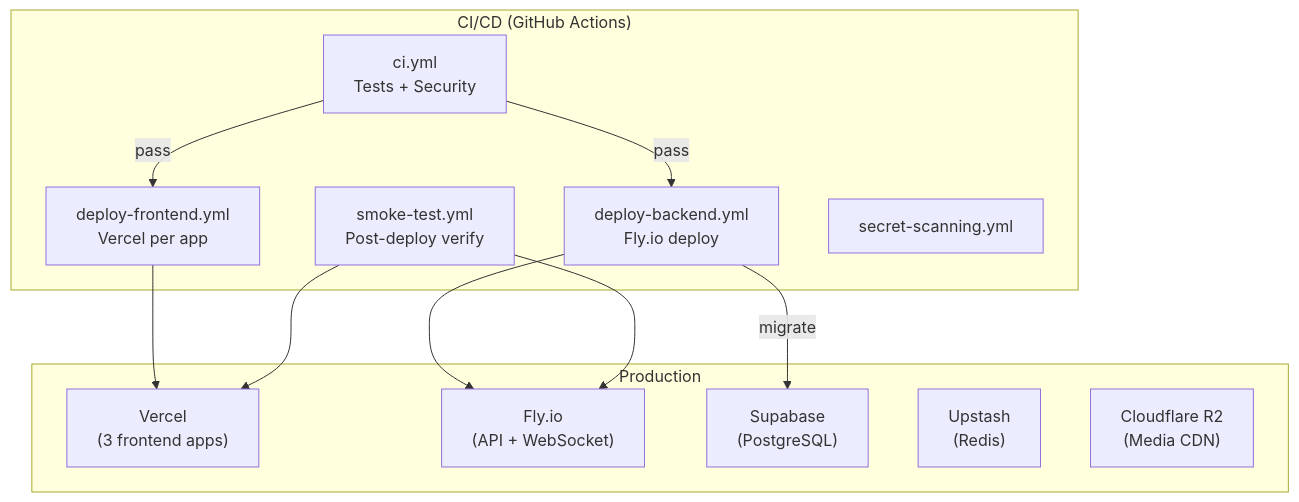
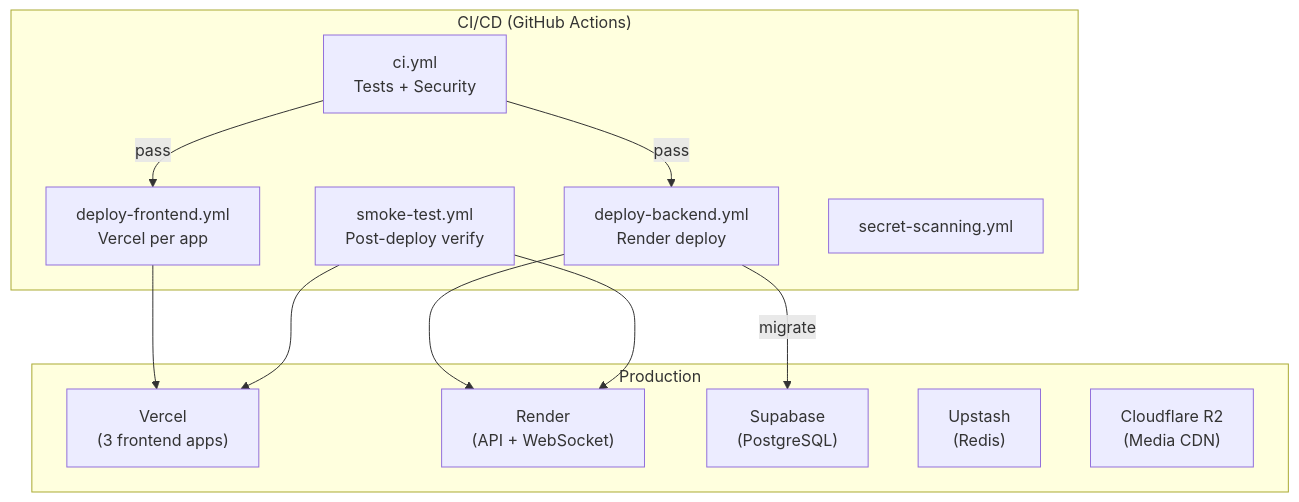
Before and after one commit to maru-story/wedding-ecosystem: the ninth of 9 diagrams in .agents/summary/architecture.md, drawn with Mermaid. The commit also changed other lines of this file and 6 other files, not shown here.

Commit message:
docs: update deployment architecture and setup guides from Fly.io to Render

````diff
--- a/.agents/summary/architecture.md
+++ b/.agents/summary/architecture.md
@@ -202,26 +202,26 @@
 ```mermaid
 graph TB
     subgraph "CI/CD (GitHub Actions)"
         CI["ci.yml<br/>Tests + Security"]
         DF["deploy-frontend.yml<br/>Vercel per app"]
-        DB["deploy-backend.yml<br/>Fly.io deploy"]
+        DB["deploy-backend.yml<br/>Render deploy"]
         ST["smoke-test.yml<br/>Post-deploy verify"]
         SS["secret-scanning.yml"]
     end
 
     subgraph "Production"
         Vercel["Vercel<br/>(3 frontend apps)"]
-        FlyIO["Fly.io<br/>(API + WebSocket)"]
+        Render["Render<br/>(API + WebSocket)"]
         Supabase["Supabase<br/>(PostgreSQL)"]
         Upstash["Upstash<br/>(Redis)"]
         CF["Cloudflare R2<br/>(Media CDN)"]
     end
 
     CI -->|pass| DF
     CI -->|pass| DB
     DF --> Vercel
-    DB --> FlyIO
+    DB --> Render
     DB -->|migrate| Supabase
     ST --> Vercel
-    ST --> FlyIO
+    ST --> Render
 ```
````
